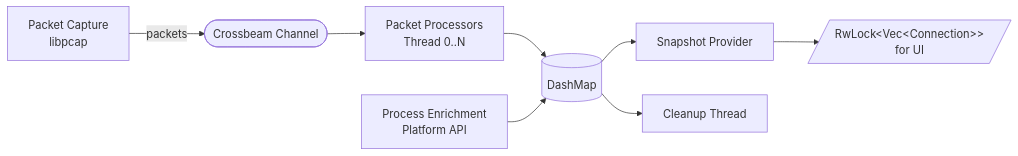
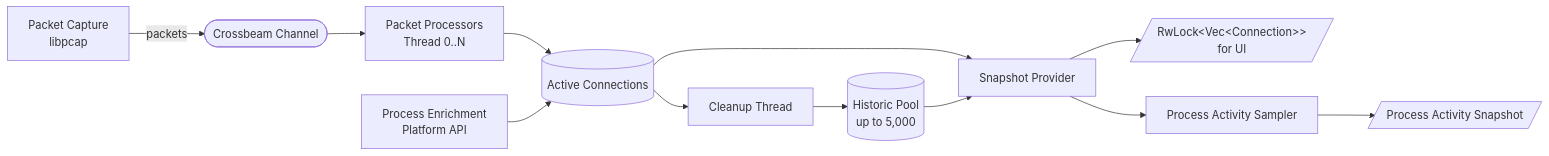
One commit to domcyrus/rustnet changed the second of 2 diagrams in ARCHITECTURE.md. Above: the diagram before and after it, drawn with Mermaid. The commit also changed other lines of this file and 46 other files, not shown here.

First line of the commit message:
feat: add process network activity dashboard

````diff
--- a/ARCHITECTURE.md
+++ b/ARCHITECTURE.md
@@ -56,16 +56,22 @@
 ```mermaid
 flowchart LR
     PC[Packet Capture<br/>libpcap]
     CH([Crossbeam Channel])
     PP[Packet Processors<br/>Thread 0..N]
     PE[Process Enrichment<br/>Platform API]
-    DM[(DashMap)]
+    DM[(Active Connections)]
+    HI[(Historic Pool<br/>up to 5,000)]
     SP[Snapshot Provider]
     UI[/RwLock&lt;Vec&lt;Connection&gt;&gt;<br/>for UI/]
     CT[Cleanup Thread]
+    PA[Process Activity Sampler]
+    PS[/Process Activity Snapshot/]
 
     PC -- packets --> CH --> PP --> DM
     PE --> DM
     DM --> SP --> UI
     DM --> CT
+    CT --> HI
+    HI --> SP
+    SP --> PA --> PS
 ```
````
